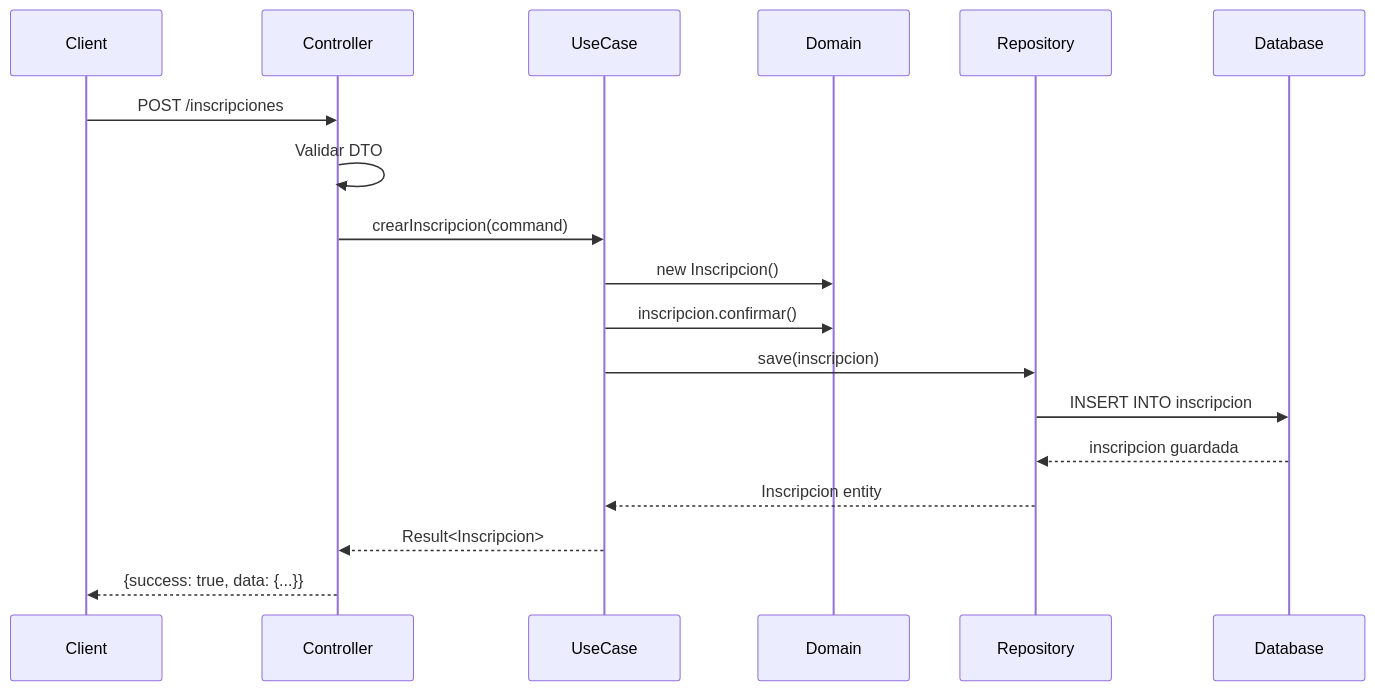
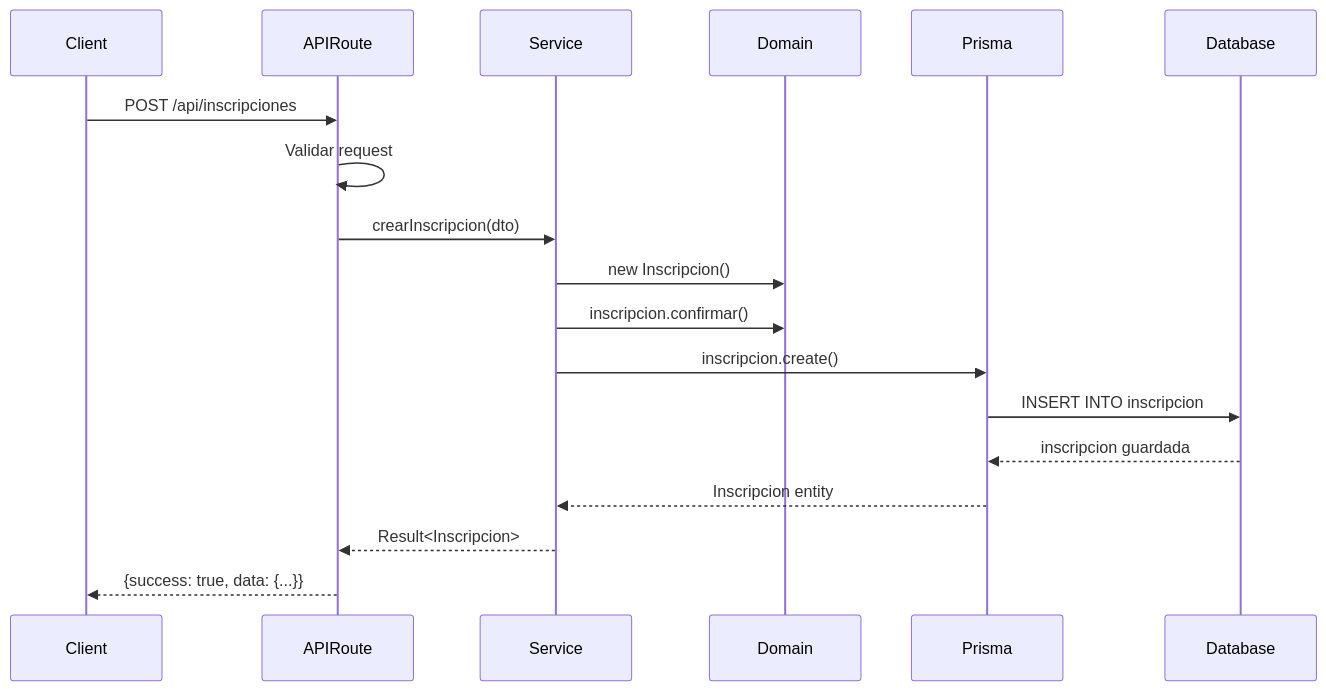
One commit to gustavo180591/freire changed the second of 7 diagrams in ARQUITECTURA_COMPLETA.md. Above: the diagram before and after it, drawn with Mermaid. The commit also changed other lines of this file and 84 other files, not shown here.

````diff
--- a/ARQUITECTURA_COMPLETA.md
+++ b/ARQUITECTURA_COMPLETA.md
@@ -186,21 +196,21 @@
 ```mermaid
 sequenceDiagram
     participant Client
-    participant Controller
-    participant UseCase
+    participant APIRoute
+    participant Service
     participant Domain
-    participant Repository
+    participant Prisma
     participant Database
     
-    Client->>Controller: POST /inscripciones
-    Controller->>Controller: Validar DTO
-    Controller->>UseCase: crearInscripcion(command)
-    UseCase->>Domain: new Inscripcion()
-    UseCase->>Domain: inscripcion.confirmar()
-    UseCase->>Repository: save(inscripcion)
-    Repository->>Database: INSERT INTO inscripcion
-    Database-->>Repository: inscripcion guardada
-    Repository-->>UseCase: Inscripcion entity
-    UseCase-->>Controller: Result<Inscripcion>
-    Controller-->>Client: {success: true, data: {...}}
+    Client->>APIRoute: POST /api/inscripciones
+    APIRoute->>APIRoute: Validar request
+    APIRoute->>Service: crearInscripcion(dto)
+    Service->>Domain: new Inscripcion()
+    Service->>Domain: inscripcion.confirmar()
+    Service->>Prisma: inscripcion.create()
+    Prisma->>Database: INSERT INTO inscripcion
+    Database-->>Prisma: inscripcion guardada
+    Prisma-->>Service: Inscripcion entity
+    Service-->>APIRoute: Result<Inscripcion>
+    APIRoute-->>Client: {success: true, data: {...}}
 ```
````
